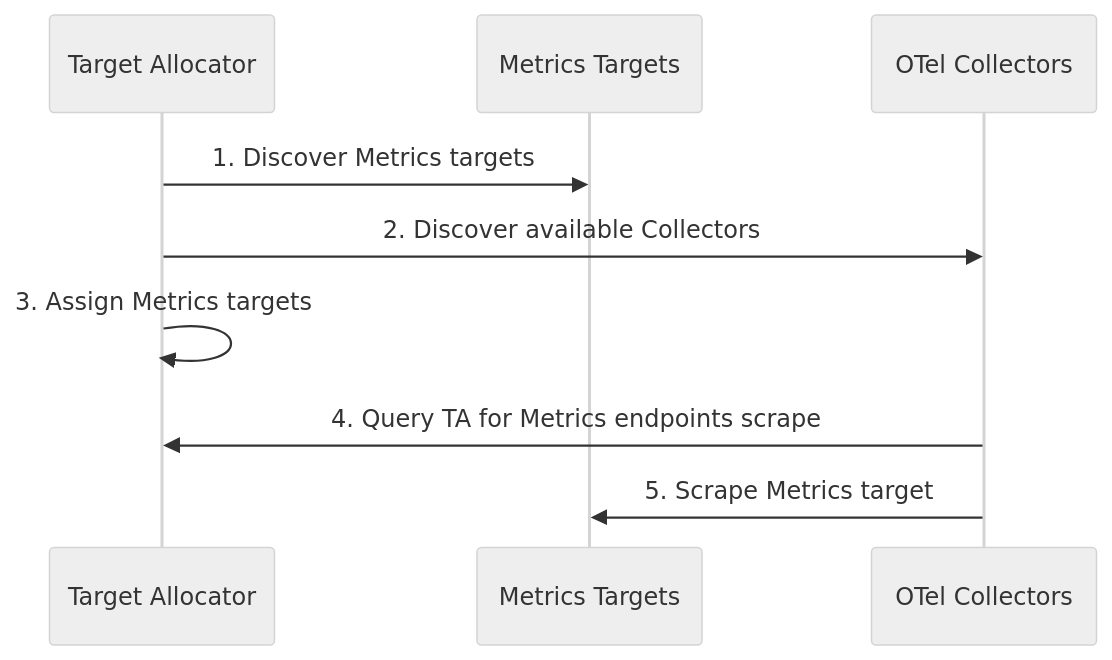
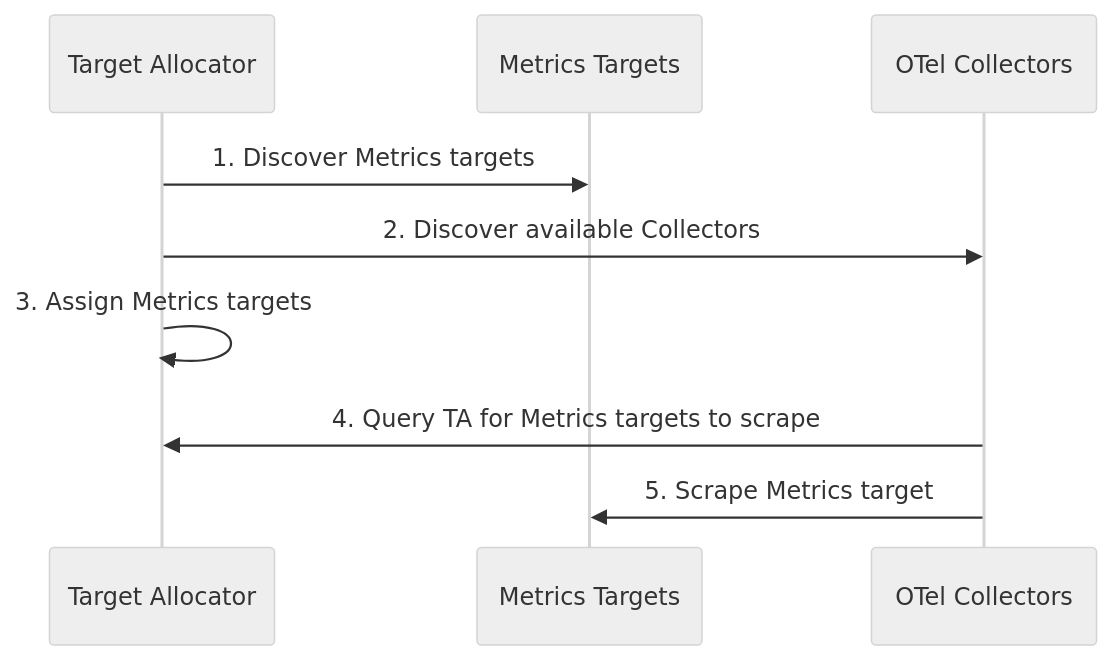
One commit to pavolloffay/kubecon-na-2023-opentelemetry-kubernetes-metrics-tutorial changed the first of 2 diagrams in 05-collecting-prometheus-metrics.md. Above: the diagram before and after it, drawn with Mermaid (neutral theme). The commit also changed other lines of this file, not shown here.

````diff
--- a/05-collecting-prometheus-metrics.md
+++ b/05-collecting-prometheus-metrics.md
@@ -210,11 +209,11 @@
 ```mermaid
 sequenceDiagram
   participant Target Allocator
   participant Metrics Targets
   participant OTel Collectors
   Target Allocator ->>Metrics Targets: 1. Discover Metrics targets
   Target Allocator ->>OTel Collectors: 2. Discover available Collectors
   Target Allocator ->>Target Allocator: 3. Assign Metrics targets
-  OTel Collectors ->>Target Allocator: 4. Query TA for Metrics endpoints scrape
+  OTel Collectors ->>Target Allocator: 4. Query TA for Metrics targets to scrape
   OTel Collectors ->>Metrics Targets: 5. Scrape Metrics target
 ```
````
